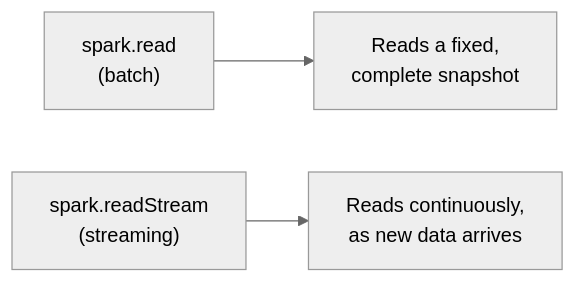
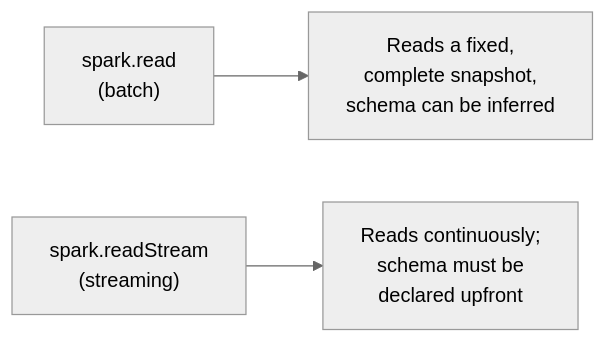
Before and after one commit to AbhishekBiswas-github/AI_Engineer_Course_Files: the third of 13 diagrams in DataBricks/structured-streaming-in-depth.md, drawn with Mermaid (neutral theme). The commit also changed other lines of this file, not shown here.

````diff
--- a/DataBricks/structured-streaming-in-depth.md
+++ b/DataBricks/structured-streaming-in-depth.md
@@ -56,5 +74,5 @@
 ```mermaid
 graph LR
-    A["spark.read<br/>(batch)"] --> B[Reads a fixed,<br/>complete snapshot]
-    C["spark.readStream<br/>(streaming)"] --> D[Reads continuously,<br/>as new data arrives]
+    A["spark.read<br/>(batch)"] --> B[Reads a fixed,<br/>complete snapshot,<br/>schema can be inferred]
+    C["spark.readStream<br/>(streaming)"] --> D[Reads continuously;<br/>schema must be<br/>declared upfront]
 ```
````
